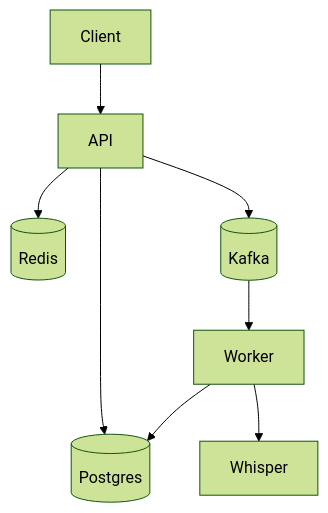
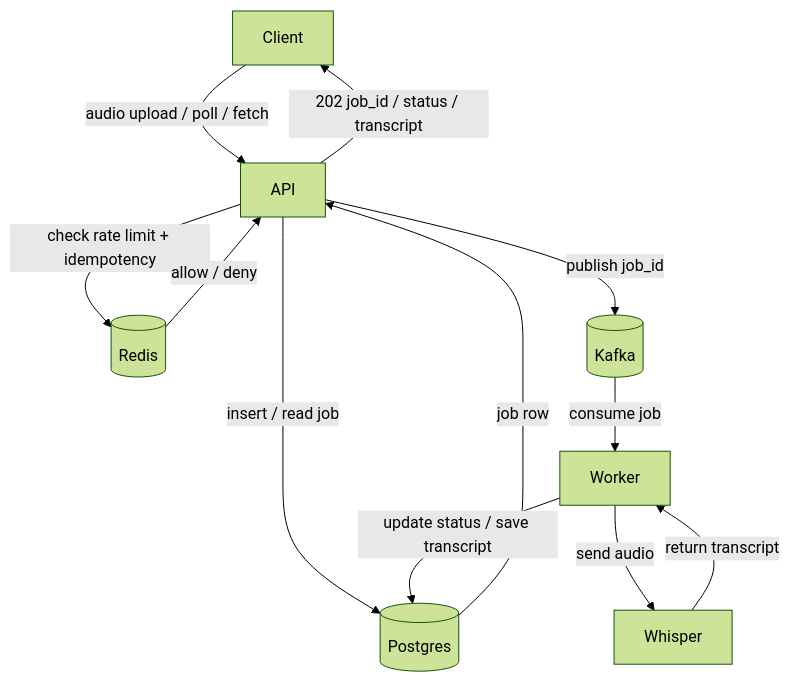
Before and after one commit to AliSheheryar/transcription-api: the diagram in README.md, drawn with Mermaid (forest theme).

Commit message:
README: architecture diagram shows request/response direction for each hop

````diff
--- a/README.md
+++ b/README.md
@@ -7,18 +7,22 @@
 ```mermaid
 flowchart TD
     Client[Client]
     API[API]
+    Redis[(Redis)]
     Postgres[(Postgres)]
-    Redis[(Redis)]
     Kafka[(Kafka)]
     Worker[Worker]
     Whisper[Whisper]
 
-    Client --> API
-    API --> Postgres
-    API --> Redis
-    API --> Kafka
-    Kafka --> Worker
-    Worker --> Whisper
-    Worker --> Postgres
+    Client -->|audio upload / poll / fetch| API
+    API -->|202 job_id / status / transcript| Client
+    API -->|check rate limit + idempotency| Redis
+    Redis -->|allow / deny| API
+    API -->|insert / read job| Postgres
+    Postgres -->|job row| API
+    API -->|publish job_id| Kafka
+    Kafka -->|consume job| Worker
+    Worker -->|send audio| Whisper
+    Whisper -->|return transcript| Worker
+    Worker -->|update status / save transcript| Postgres
 ```
````
